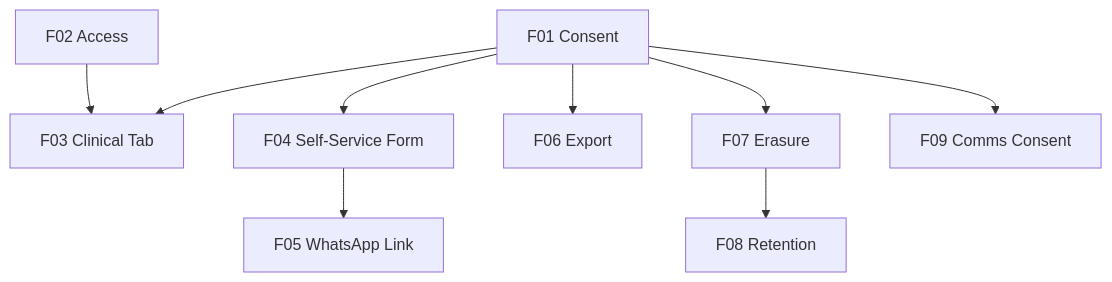
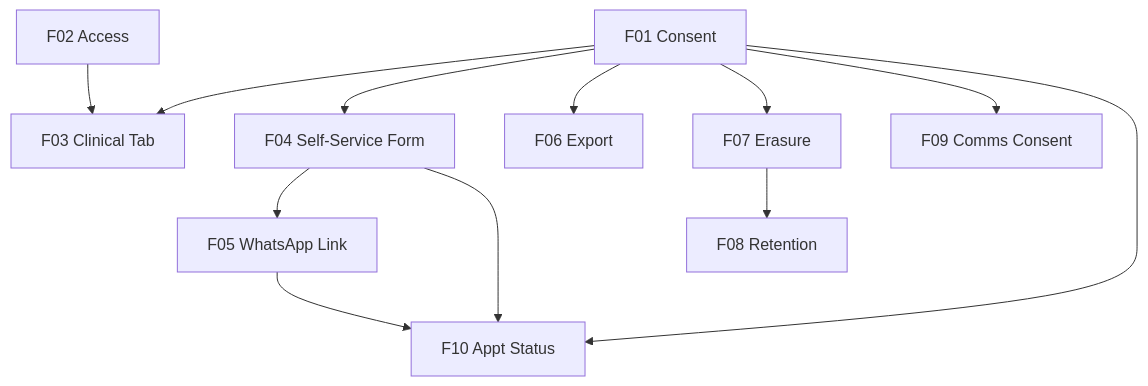
Before and after one commit to andredosreis/laura-saas-agenda: the diagram in docs/produto/PRD-privacidade-consentimento.md, drawn with Mermaid. The commit also changed other lines of this file and 32 other files, not shown here.

````diff
--- a/docs/produto/PRD-privacidade-consentimento.md
+++ b/docs/produto/PRD-privacidade-consentimento.md
@@ -337,11 +359,14 @@
 ```mermaid
 graph TD
   F01[F01 Consent] --> F03[F03 Clinical Tab]
   F02[F02 Access] --> F03
   F01 --> F04[F04 Self-Service Form]
   F04 --> F05[F05 WhatsApp Link]
   F01 --> F06[F06 Export]
   F01 --> F07[F07 Erasure]
   F07 --> F08[F08 Retention]
   F01 --> F09[F09 Comms Consent]
+  F01 --> F10[F10 Appt Status]
+  F04 --> F10
+  F05 --> F10
 ```
````
